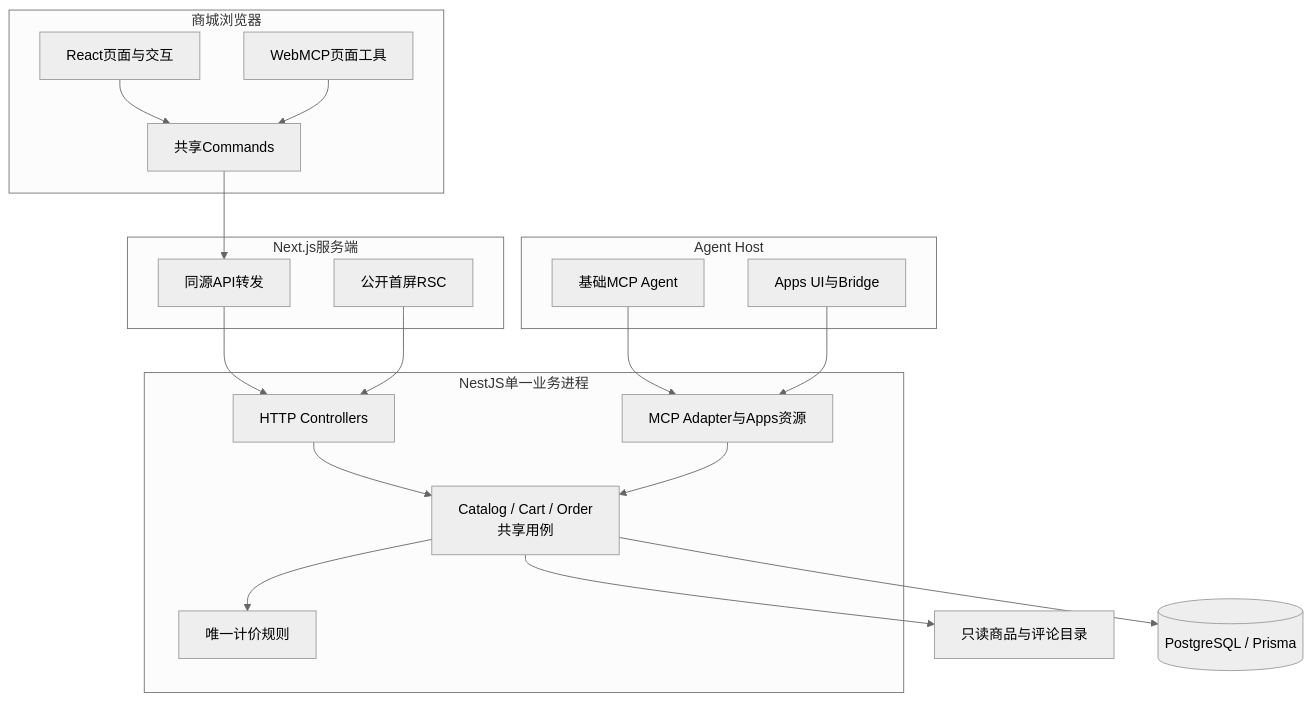
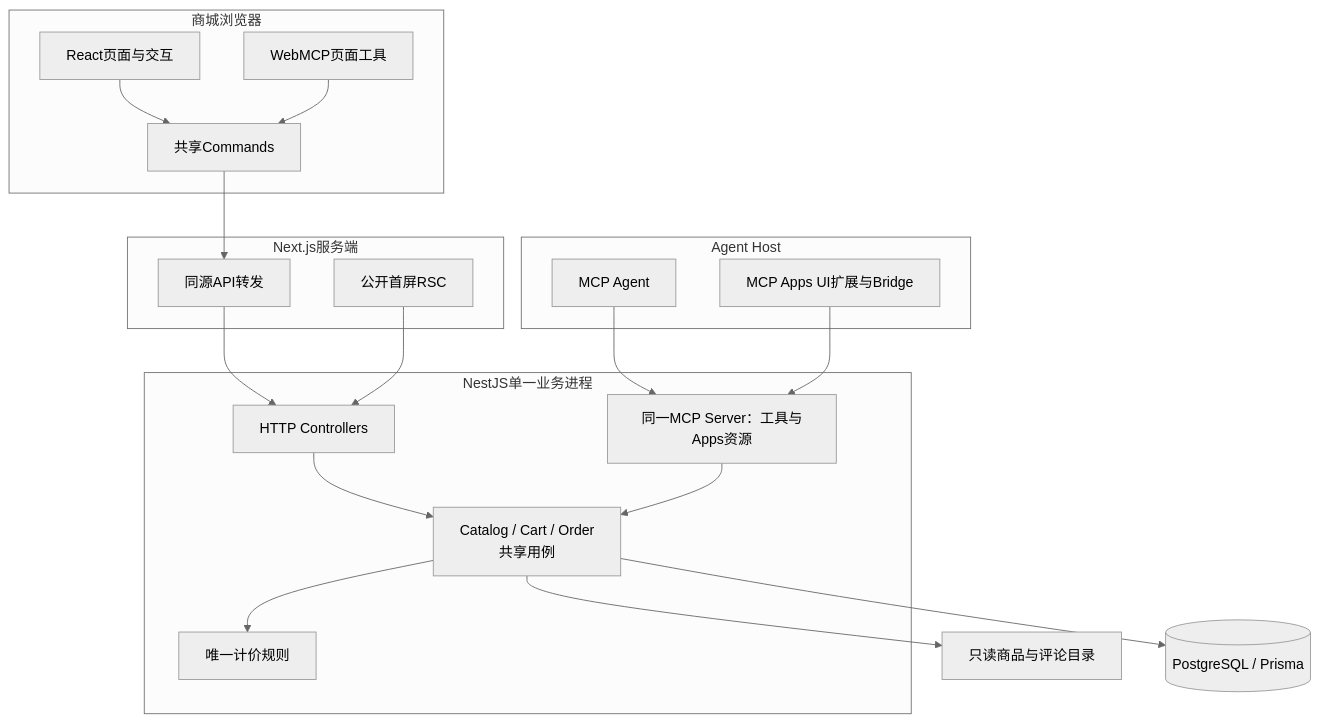
The first of 14 diagrams in docs/engineering/TECHNICAL_DESIGN.md (linshuohao/agent-ready-store), drawn with Mermaid (neutral theme) before and after one commit. The commit also changed other lines of this file and 13 other files, not shown here.

Commit message:
docs: clarify MCP Apps as existing server UI extension

````diff
--- a/docs/engineering/TECHNICAL_DESIGN.md
+++ b/docs/engineering/TECHNICAL_DESIGN.md
@@ -39,34 +43,34 @@
 ```mermaid
 flowchart TB
     subgraph Web[商城浏览器]
         HumanUI[React页面与交互]
         WM[WebMCP页面工具]
         Commands[共享Commands]
         HumanUI --> Commands
         WM --> Commands
     end
     subgraph Next[Next.js服务端]
         RSC[公开首屏RSC]
         Proxy[同源API转发]
     end
     subgraph Host[Agent Host]
-        Agent[基础MCP Agent]
-        Apps[Apps UI与Bridge]
+        Agent[MCP Agent]
+        Apps[MCP Apps UI扩展与Bridge]
     end
     subgraph API[NestJS单一业务进程]
         HTTP[HTTP Controllers]
-        MCP[MCP Adapter与Apps资源]
+        MCP[同一MCP Server：工具与Apps资源]
         Core["Catalog / Cart / Order<br/>共享用例"]
         Pricing[唯一计价规则]
         HTTP --> Core
         MCP --> Core
         Core --> Pricing
     end
     Commands --> Proxy
     Proxy --> HTTP
     RSC --> HTTP
     Agent --> MCP
     Apps --> MCP
     Core --> Catalog[只读商品与评论目录]
     Core --> DB[(PostgreSQL / Prisma)]
 ```
````
